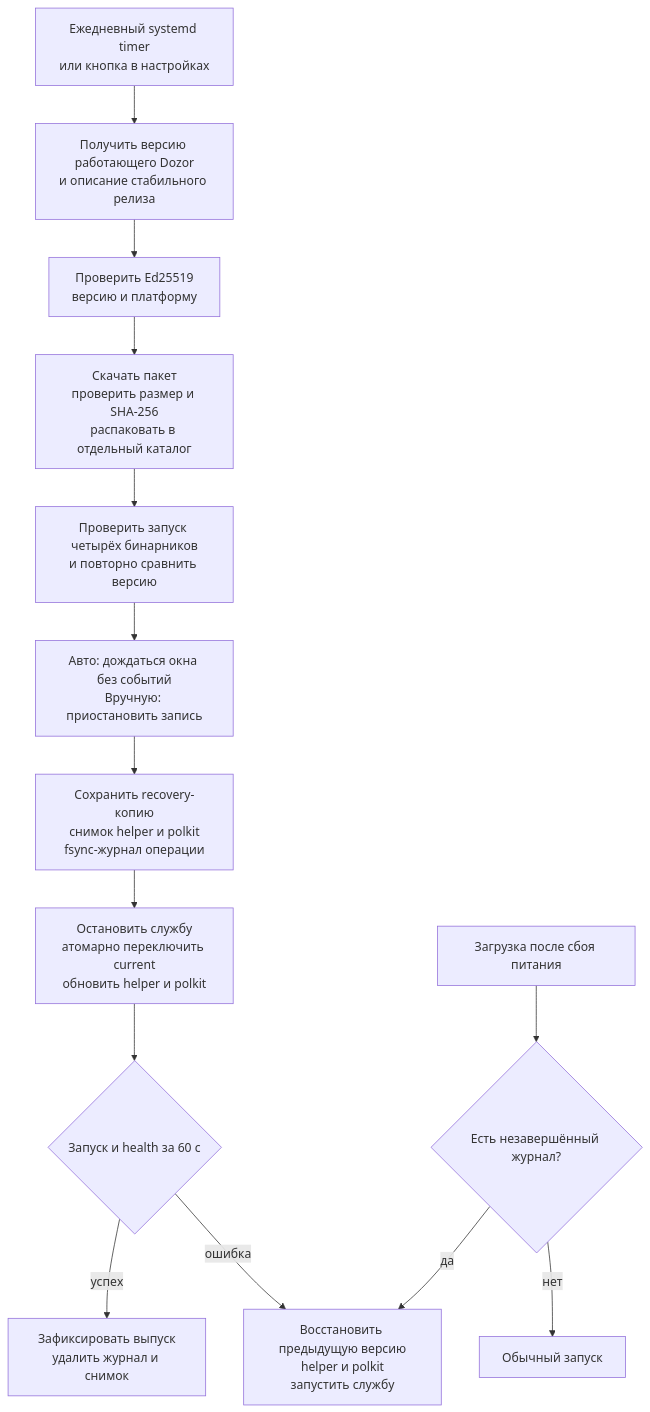
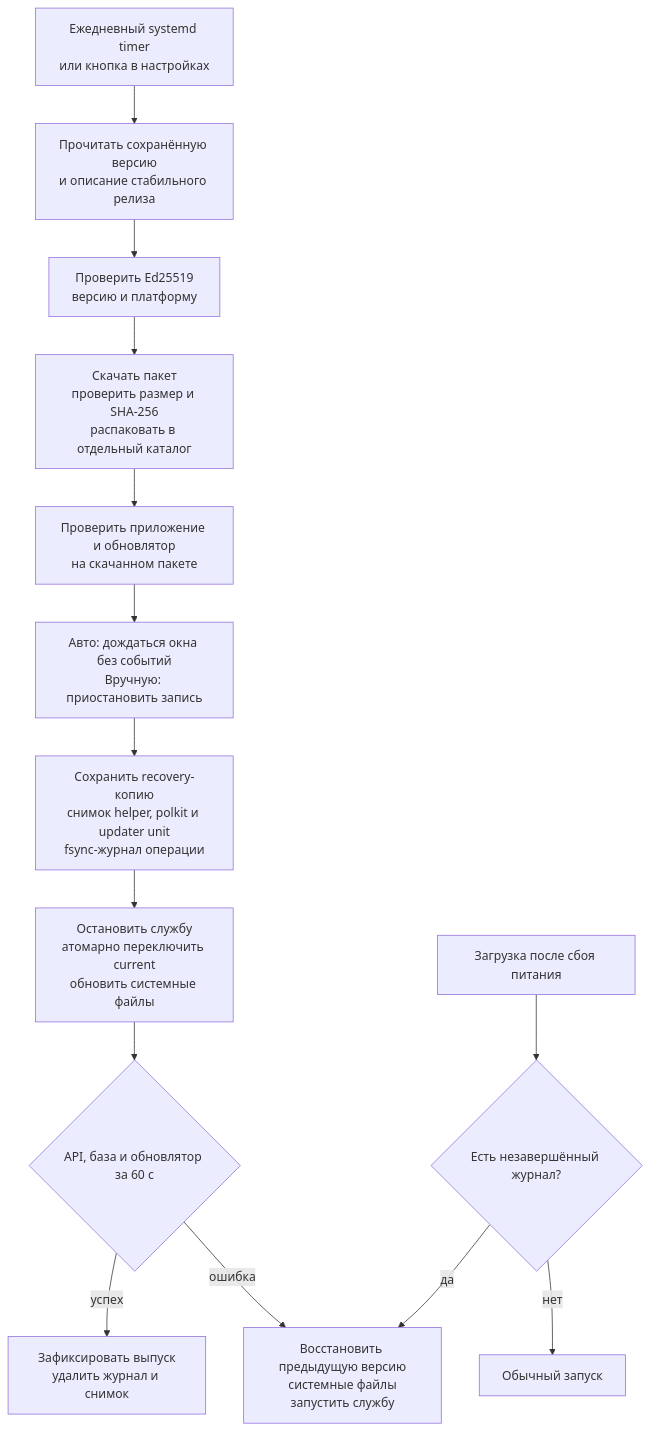
One commit to Jourloy/dozor changed the fifth of 5 diagrams in README.md. Above: the diagram before and after it, drawn with Mermaid. The commit also changed other lines of this file and 31 other files, not shown here.

````diff
--- a/README.md
+++ b/README.md
@@ -361,16 +361,16 @@
 ```mermaid
 flowchart TD
-  Trigger["Ежедневный systemd timer<br/>или кнопка в настройках"] --> Release["Получить версию работающего Dozor<br/>и описание стабильного релиза"]
+  Trigger["Ежедневный systemd timer<br/>или кнопка в настройках"] --> Release["Прочитать сохранённую версию<br/>и описание стабильного релиза"]
   Release --> Verify["Проверить Ed25519<br/>версию и платформу"]
   Verify --> Stage["Скачать пакет<br/>проверить размер и SHA-256<br/>распаковать в отдельный каталог"]
-  Stage --> Preflight["Проверить запуск четырёх бинарников<br/>и повторно сравнить версию"]
+  Stage --> Preflight["Проверить приложение и обновлятор<br/>на скачанном пакете"]
   Preflight --> Window["Авто: дождаться окна без событий<br/>Вручную: приостановить запись"]
-  Window --> Journal["Сохранить recovery-копию<br/>снимок helper и polkit<br/>fsync-журнал операции"]
-  Journal --> Switch["Остановить службу<br/>атомарно переключить current<br/>обновить helper и polkit"]
-  Switch --> Health{"Запуск и health за 60 с"}
+  Window --> Journal["Сохранить recovery-копию<br/>снимок helper, polkit и updater unit<br/>fsync-журнал операции"]
+  Journal --> Switch["Остановить службу<br/>атомарно переключить current<br/>обновить системные файлы"]
+  Switch --> Health{"API, база и обновлятор за 60 с"}
   Health -->|"успех"| Done["Зафиксировать выпуск<br/>удалить журнал и снимок"]
-  Health -->|"ошибка"| Rollback["Восстановить предыдущую версию<br/>helper и polkit<br/>запустить службу"]
+  Health -->|"ошибка"| Rollback["Восстановить предыдущую версию<br/>системные файлы<br/>запустить службу"]
   Boot["Загрузка после сбоя питания"] --> Pending{"Есть незавершённый журнал?"}
   Pending -->|"да"| Rollback
   Pending -->|"нет"| Start["Обычный запуск"]
 ```
````
